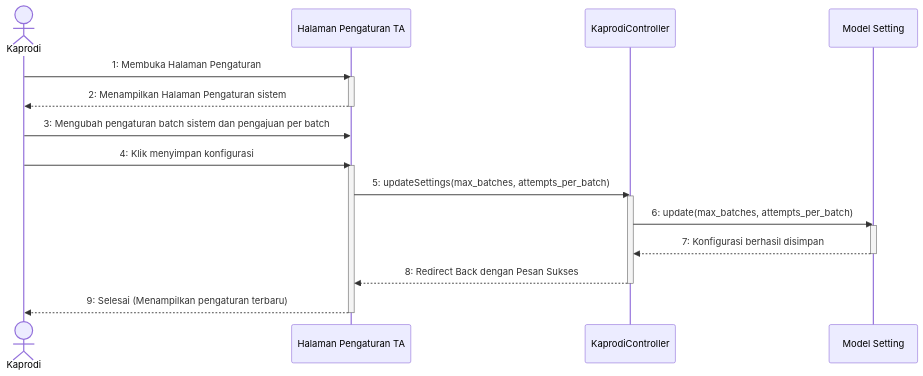
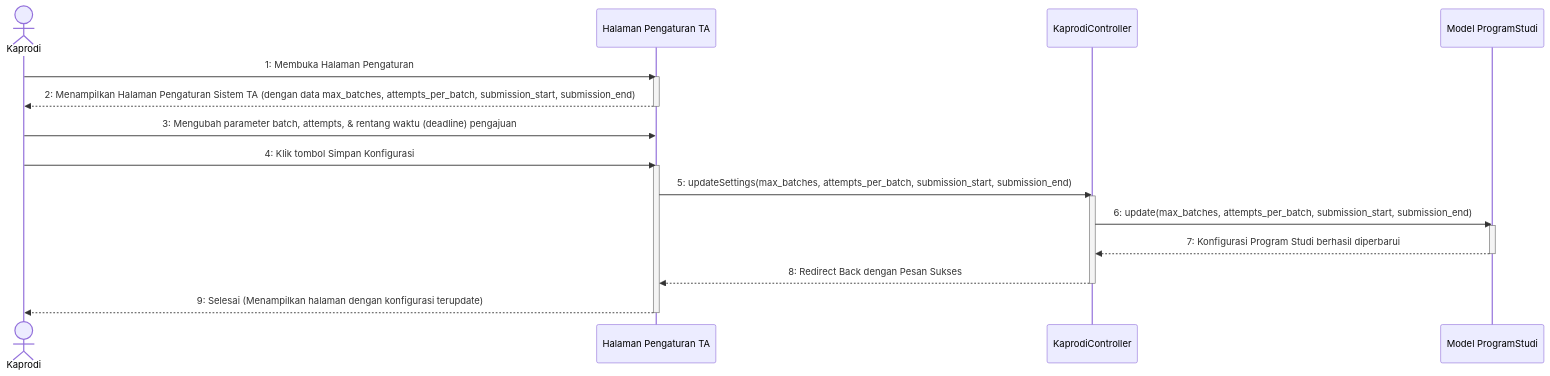
The diagram in docs/uml/Sequence Diagram/Kaprodi/sequence_diagram_pengaturan_ta.md (Duandi04/ta_submission), drawn with Mermaid before and after one commit. The commit also changed 28 other files, not shown here.

Commit message:
refactor: implement program study settings and update UML documentation for Kaprodi configuration

````diff
--- a/docs/uml/Sequence Diagram/Kaprodi/sequence_diagram_pengaturan_ta.md
+++ b/docs/uml/Sequence Diagram/Kaprodi/sequence_diagram_pengaturan_ta.md
@@ -5,26 +5,26 @@
 ```mermaid
 sequenceDiagram
     actor Kaprodi as Kaprodi
     participant UI as Halaman Pengaturan TA
     participant Ctrl as KaprodiController
-    participant Model as Model Setting
+    participant Model as Model ProgramStudi
 
     Kaprodi->>UI: 1: Membuka Halaman Pengaturan
     activate UI
-    UI-->>Kaprodi: 2: Menampilkan Halaman Pengaturan sistem
+    UI-->>Kaprodi: 2: Menampilkan Halaman Pengaturan Sistem TA (dengan data max_batches, attempts_per_batch, submission_start, submission_end)
     deactivate UI
 
-    Kaprodi->>UI: 3: Mengubah pengaturan batch sistem dan pengajuan per batch
-    Kaprodi->>UI: 4: Klik menyimpan konfigurasi
+    Kaprodi->>UI: 3: Mengubah parameter batch, attempts, & rentang waktu (deadline) pengajuan
+    Kaprodi->>UI: 4: Klik tombol Simpan Konfigurasi
     activate UI
-    UI->>Ctrl: 5: updateSettings(max_batches, attempts_per_batch)
+    UI->>Ctrl: 5: updateSettings(max_batches, attempts_per_batch, submission_start, submission_end)
     activate Ctrl
-    Ctrl->>Model: 6: update(max_batches, attempts_per_batch)
+    Ctrl->>Model: 6: update(max_batches, attempts_per_batch, submission_start, submission_end)
     activate Model
-    Model-->>Ctrl: 7: Konfigurasi berhasil disimpan
+    Model-->>Ctrl: 7: Konfigurasi Program Studi berhasil diperbarui
     deactivate Model
     Ctrl-->>UI: 8: Redirect Back dengan Pesan Sukses
     deactivate Ctrl
-    UI-->>Kaprodi: 9: Selesai (Menampilkan pengaturan terbaru)
+    UI-->>Kaprodi: 9: Selesai (Menampilkan halaman dengan konfigurasi terupdate)
     deactivate UI
 ```
````
